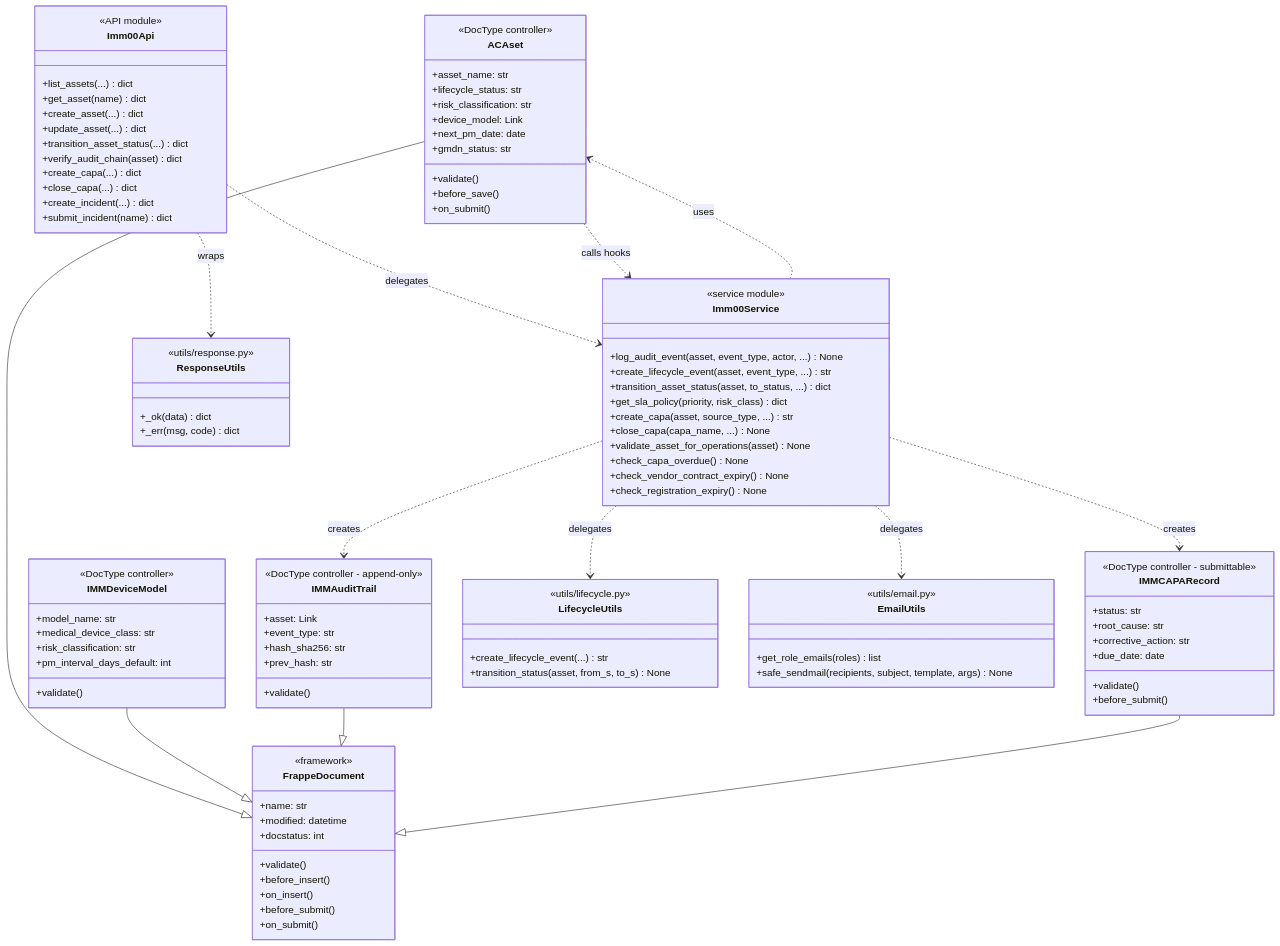
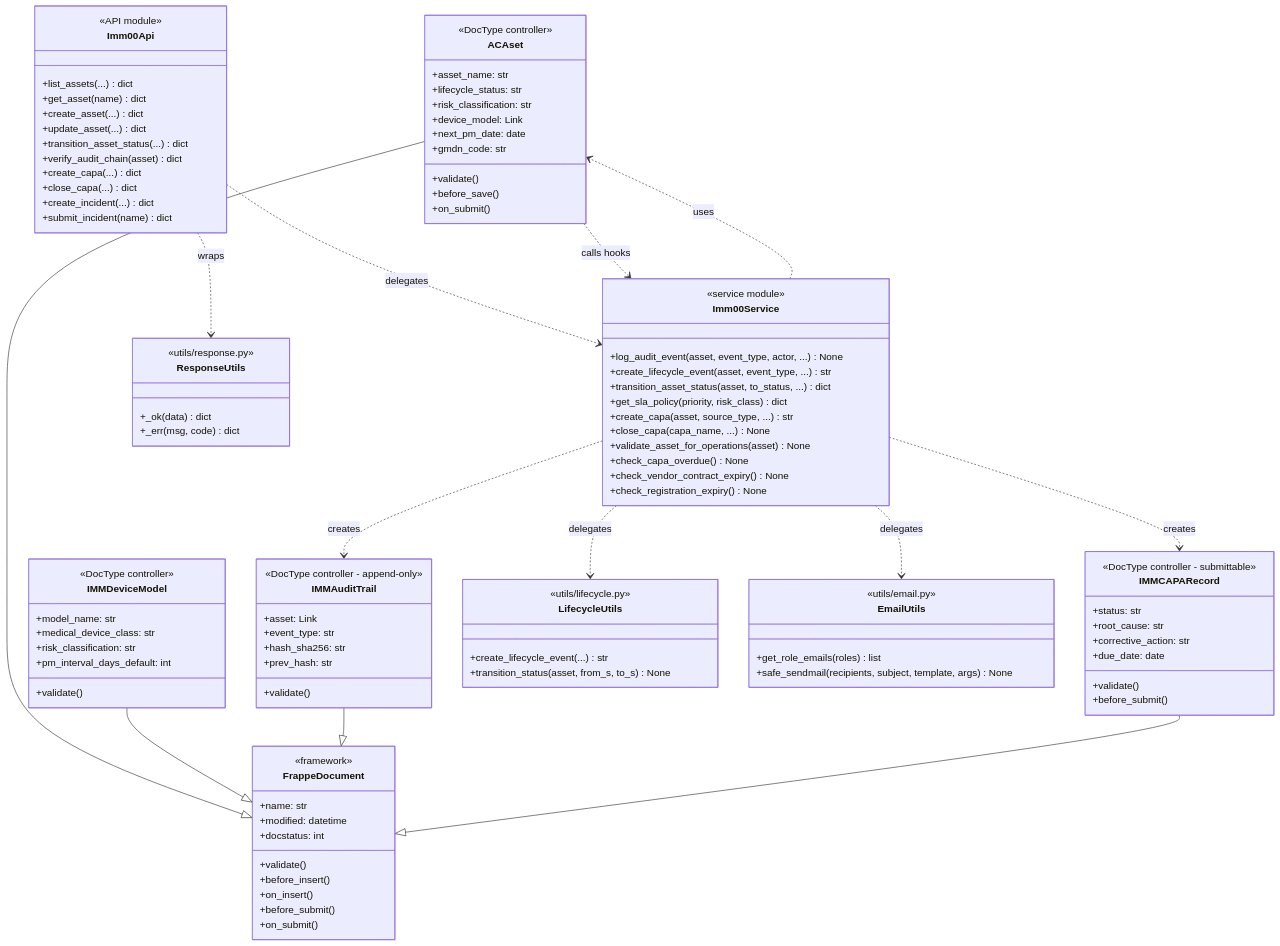
One commit to mvl26/Assetcore changed the third of 13 diagrams in docs/imm-00/03_Diagrams.md. Above: the diagram before and after it, drawn with Mermaid. The commit also changed other lines of this file and 7 other files, not shown here.

First line of the commit message:
docs(imm-00): sync gmdn_status removal — filter by gmdn_code

```diff
--- a/docs/imm-00/03_Diagrams.md
+++ b/docs/imm-00/03_Diagrams.md
@@ -275,7 +274,7 @@
         +risk_classification: str
         +device_model: Link
         +next_pm_date: date
-        +gmdn_status: str
+        +gmdn_code: str
         +validate()
         +before_save()
         +on_submit()
```
